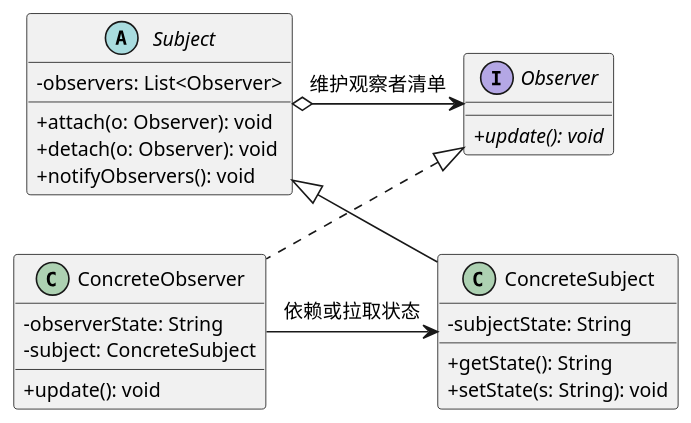
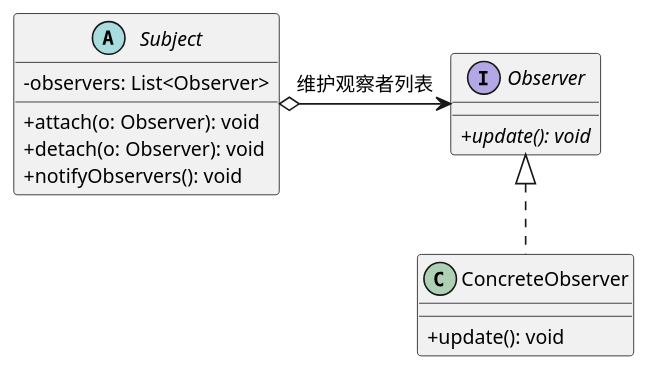
Before and after one commit to cpsa3/software-designer-fast-pass: diagram 13 of 20 in 02-visual-diagrams/03-设计模式核心图谱与真题命题密码.md, drawn with PlantUML. The commit also changed other lines of this file, not shown here.

````diff
--- a/02-visual-diagrams/03-设计模式核心图谱与真题命题密码.md
+++ b/02-visual-diagrams/03-设计模式核心图谱与真题命题密码.md
@@ -992,34 +609,25 @@
 ```plantuml
 @startuml
 !pragma layout smetana
 skinparam dpi 125
 skinparam defaultFontSize 12
 skinparam classAttributeIconSize 0
 
 abstract class Subject {
     - observers: List<Observer>
     + attach(o: Observer): void
     + detach(o: Observer): void
     + notifyObservers(): void
 }
 
-class ConcreteSubject extends Subject {
-    - subjectState: String
-    + getState(): String
-    + setState(s: String): void
-}
-
 interface Observer {
     + {abstract} update(): void
 }
 
 class ConcreteObserver implements Observer {
-    - observerState: String
-    - subject: ConcreteSubject
     + update(): void
 }
 
-Subject o-> Observer : 维护观察者清单
-ConcreteObserver -> ConcreteSubject : 依赖或拉取状态
+Subject o-> Observer : 维护观察者列表
 @enduml
 ```
````
